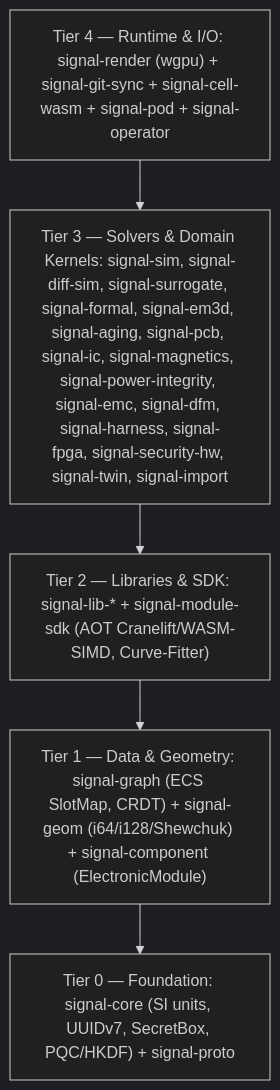
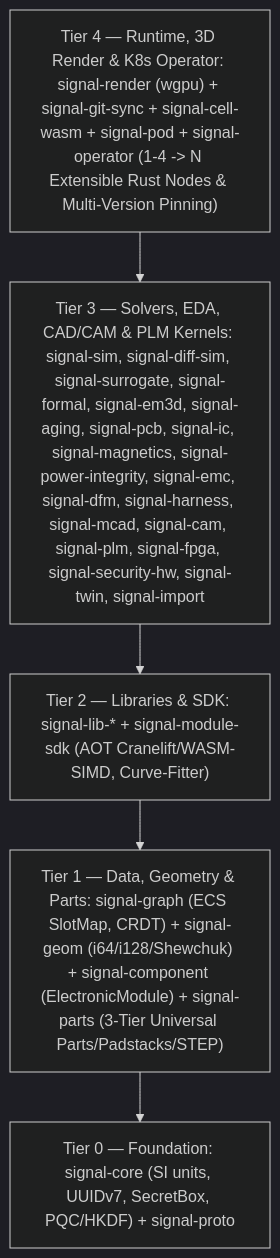
The diagram in docs/engineering/RUST_ENGINEERING_GUIDE.md (the-code-master/signal), drawn with Mermaid (dark theme) before and after one commit. The commit also changed other lines of this file and 22 other files, not shown here.

Commit message:
docs: synchronize all 20 architecture specs, engineering guides, Cursor rules, and 17 skills end-to-end

````diff
--- a/docs/engineering/RUST_ENGINEERING_GUIDE.md
+++ b/docs/engineering/RUST_ENGINEERING_GUIDE.md
@@ -15,10 +15,10 @@
 ```mermaid
 flowchart TB
     L0["Tier 0 — Foundation: signal-core (SI units, UUIDv7, SecretBox, PQC/HKDF) + signal-proto"]
-    L1["Tier 1 — Data & Geometry: signal-graph (ECS SlotMap, CRDT) + signal-geom (i64/i128/Shewchuk) + signal-component (ElectronicModule)"]
+    L1["Tier 1 — Data, Geometry & Parts: signal-graph (ECS SlotMap, CRDT) + signal-geom (i64/i128/Shewchuk) + signal-component (ElectronicModule) + signal-parts (3-Tier Universal Parts/Padstacks/STEP)"]
     L2["Tier 2 — Libraries & SDK: signal-lib-* + signal-module-sdk (AOT Cranelift/WASM-SIMD, Curve-Fitter)"]
-    L3["Tier 3 — Solvers & Domain Kernels: signal-sim, signal-diff-sim, signal-surrogate, signal-formal, signal-em3d, signal-aging, signal-pcb, signal-ic, signal-magnetics, signal-power-integrity, signal-emc, signal-dfm, signal-harness, signal-fpga, signal-security-hw, signal-twin, signal-import"]
-    L4["Tier 4 — Runtime & I/O: signal-render (wgpu) + signal-git-sync + signal-cell-wasm + signal-pod + signal-operator"]
+    L3["Tier 3 — Solvers, EDA, CAD/CAM & PLM Kernels: signal-sim, signal-diff-sim, signal-surrogate, signal-formal, signal-em3d, signal-aging, signal-pcb, signal-ic, signal-magnetics, signal-power-integrity, signal-emc, signal-dfm, signal-harness, signal-mcad, signal-cam, signal-plm, signal-fpga, signal-security-hw, signal-twin, signal-import"]
+    L4["Tier 4 — Runtime, 3D Render & K8s Operator: signal-render (wgpu) + signal-git-sync + signal-cell-wasm + signal-pod + signal-operator (1-4 -> N Extensible Rust Nodes & Multi-Version Pinning)"]
 
     L4 --> L3 --> L2 --> L1 --> L0
 ```
````
